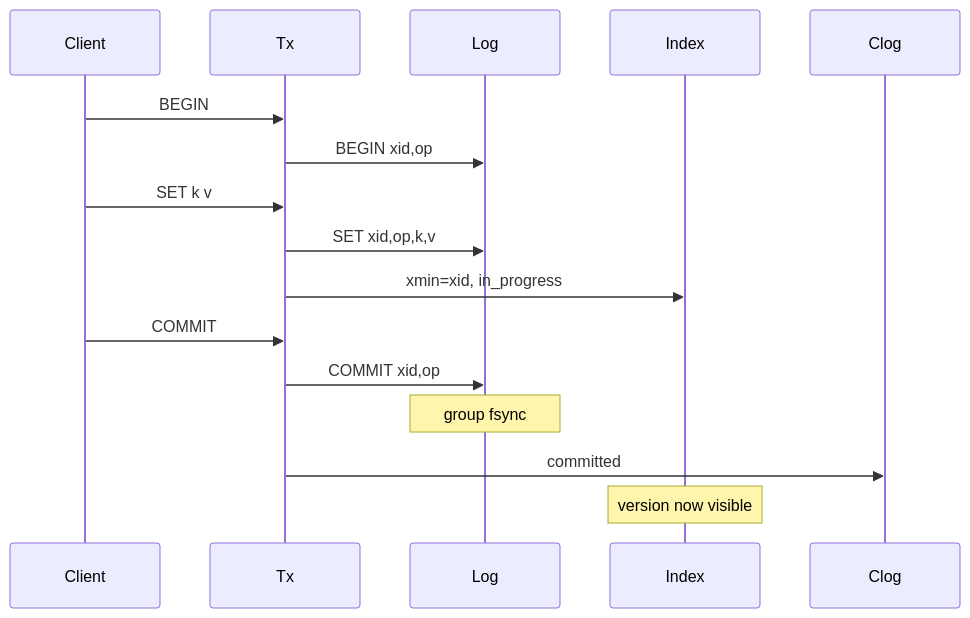
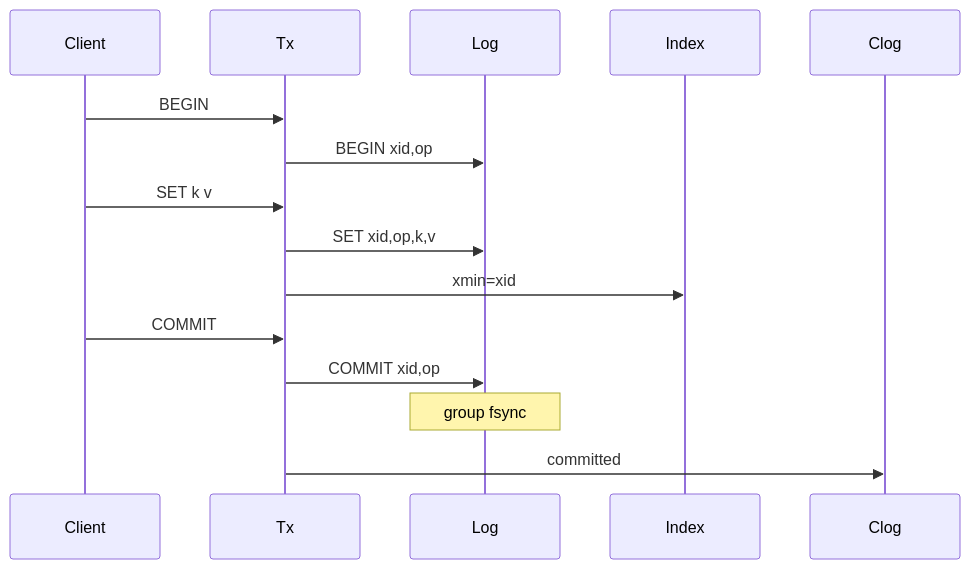
One commit to kirubasankars/turnstone changed the diagram in README.md. Above: the diagram before and after it, drawn with Mermaid. The commit also changed other lines of this file, not shown here.

````diff
--- a/README.md
+++ b/README.md
@@ -291,18 +179,17 @@
 ```mermaid
 sequenceDiagram
     participant Client
     participant Tx
     participant Log
     participant Index
     participant Clog
     Client->>Tx: BEGIN
     Tx->>Log: BEGIN xid,op
     Client->>Tx: SET k v
     Tx->>Log: SET xid,op,k,v
-    Tx->>Index: xmin=xid, in_progress
+    Tx->>Index: xmin=xid
     Client->>Tx: COMMIT
     Tx->>Log: COMMIT xid,op
     Note over Log: group fsync
     Tx->>Clog: committed
-    Note over Index: version now visible
 ```
````
